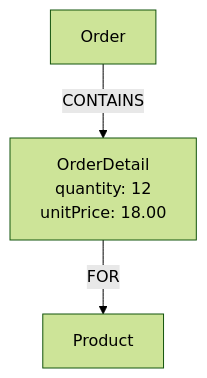
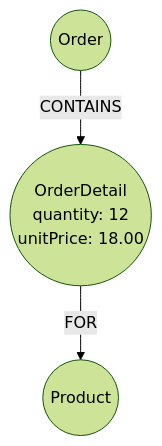
The sixth of 13 diagrams in asciidoc/courses/workshop-importing/modules/2-data-modeling/lessons/7-refactoring/lesson.adoc (neo4j-graphacademy/courses), drawn with Mermaid (forest theme) before and after one commit. The commit also changed other lines of this file and 15 other files, not shown here.

````diff
--- a/asciidoc/courses/workshop-importing/modules/2-data-modeling/lessons/7-refactoring/lesson.adoc
+++ b/asciidoc/courses/workshop-importing/modules/2-data-modeling/lessons/7-refactoring/lesson.adoc
@@ -125,5 +125,5 @@
 ```mermaid
 graph TB
-    A[Order] -->|CONTAINS| C[OrderDetail<br/>quantity: 12<br/>unitPrice: 18.00]
-    C -->|FOR| B[Product]
+    A((Order)) -->|CONTAINS| C((OrderDetail<br/>quantity: 12<br/>unitPrice: 18.00))
+    C -->|FOR| B((Product))
 ```
````
